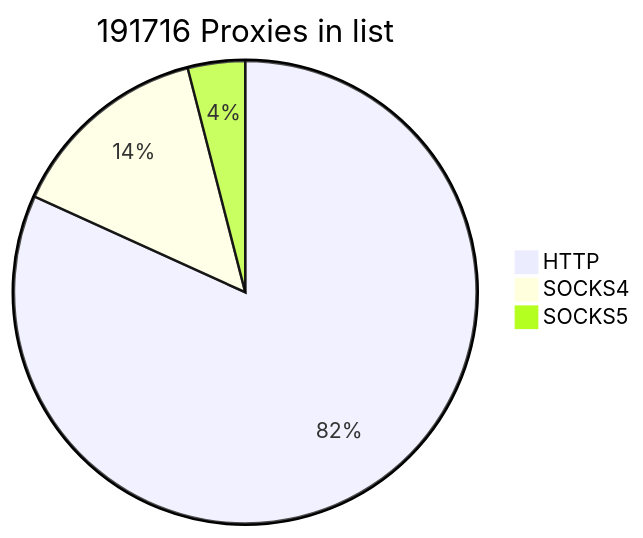
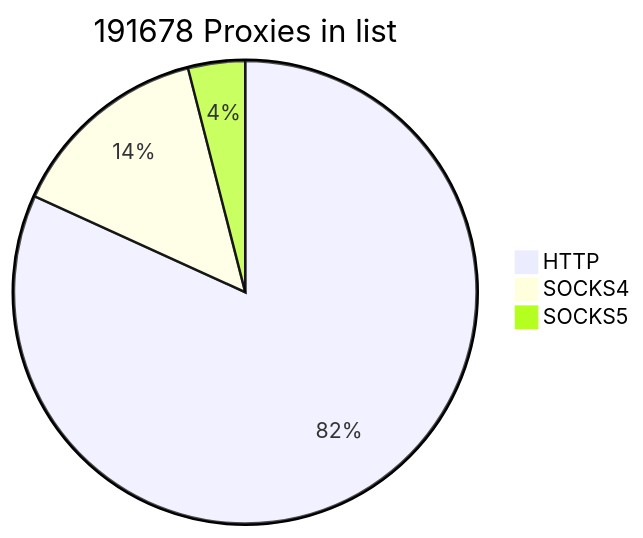
The first of 2 diagrams in README.md (cutipu/proxylist), drawn with Mermaid before and after one commit. The commit also changed other lines of this file, not shown here.

````diff
--- a/README.md
+++ b/README.md
@@ -2,7 +2,7 @@
 ```mermaid
-pie title 191716 Proxies in list
-    "HTTP" : 156797
-    "SOCKS4" : 27247
-    "SOCKS5" : 7672
+pie title 191678 Proxies in list
+    "HTTP" : 156801
+    "SOCKS4" : 27246
+    "SOCKS5" : 7631
             
 ```
````
